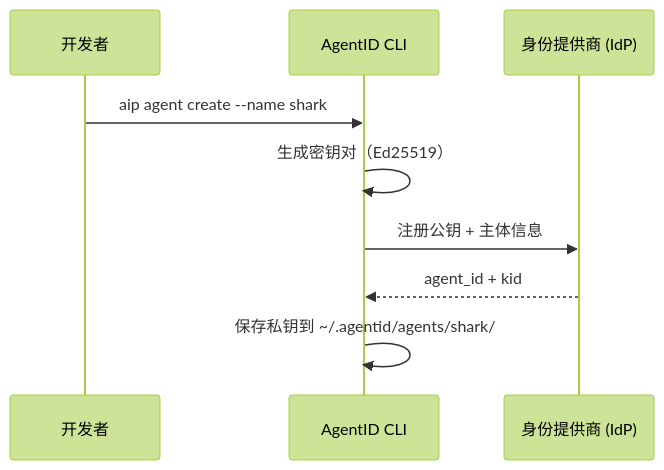
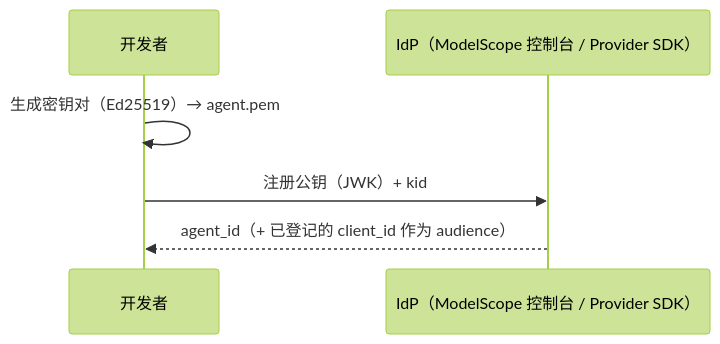
One commit to agentscope-ai/agent-identity changed the first of 2 diagrams in README.md. Above: the diagram before and after it, drawn with Mermaid (forest theme). The commit also changed other lines of this file, not shown here.

First line of the commit message:
docs: ModelScope-first README — fix stale names/flow, reposition

````diff
--- a/README.md
+++ b/README.md
@@ -40,12 +26,8 @@
 ```mermaid
 sequenceDiagram
     participant Dev as 开发者
-    participant CLI as AgentID CLI
-    participant IdP as 身份提供商 (IdP)
-
-    Dev->>CLI: aip agent create --name shark
-    CLI->>CLI: 生成密钥对（Ed25519）
-    CLI->>IdP: 注册公钥 + 主体信息
-    IdP-->>CLI: agent_id + kid
-    CLI->>CLI: 保存私钥到 ~/.agentid/agents/shark/
+    participant MS as IdP（ModelScope 控制台 / Provider SDK）
+    Dev->>Dev: 生成密钥对（Ed25519）→ agent.pem
+    Dev->>MS: 注册公钥（JWK）+ kid
+    MS-->>Dev: agent_id（+ 已登记的 client_id 作为 audience）
 ```
````
